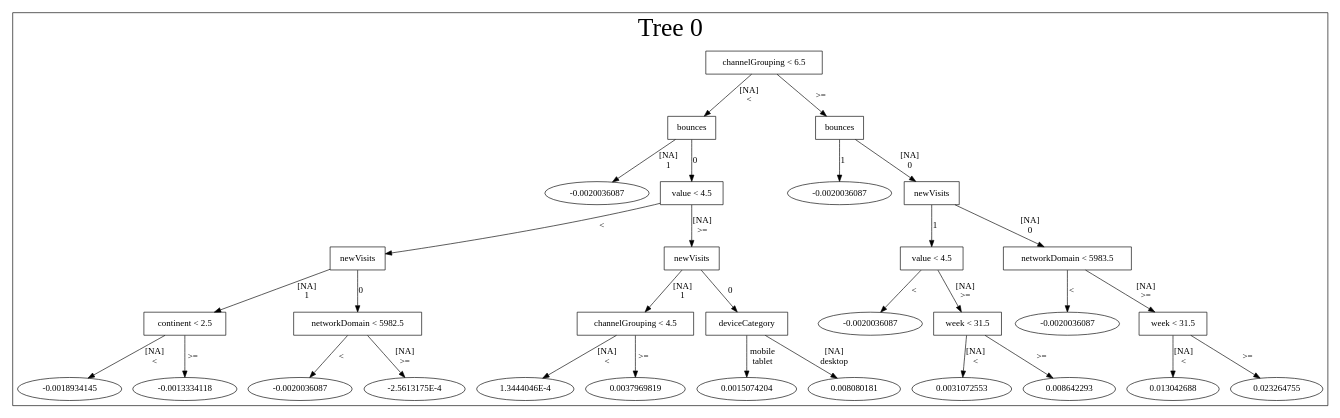
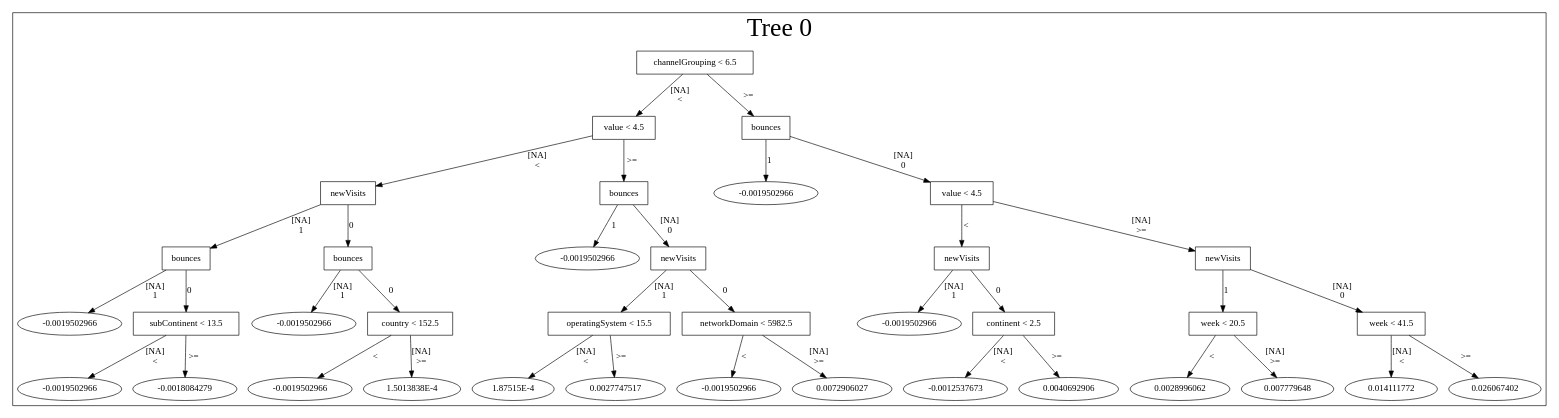
Before and after one commit to xsx99/Google_sales_prediction: the diagram in kaggle/graph/my_gbm_graph_0.gv, drawn with Graphviz. The commit also changed 9 other files, not shown here.

```diff
--- a/kaggle/graph/my_gbm_graph_0.gv
+++ b/kaggle/graph/my_gbm_graph_0.gv
@@ -1,110 +1,122 @@
 /*
 Generated by:
     http://https://github.com/h2oai/h2o-3/tree/master/h2o-genmodel/src/main/java/hex/genmodel/tools/PrintMojo.java
 */
 
 /*
 On a mac:
 
 $ brew install graphviz
 $ dot -Tpng file.gv -o file.png
 $ open file.png
 */
 
 digraph G {
 
 subgraph cluster_0 {
 /* Nodes */
 
 /* Level 0 */
 {
 "SG_0_Node_0" [shape=box, fontsize=14, label="channelGrouping < 6.5"]
 }
 
 /* Level 1 */
 {
-"SG_0_Node_1" [shape=box, fontsize=14, label="bounces"]
+"SG_0_Node_1" [shape=box, fontsize=14, label="value < 4.5"]
 "SG_0_Node_2" [shape=box, fontsize=14, label="bounces"]
 }
 
 /* Level 2 */
 {
-"SG_0_Node_26" [fontsize=14, label="-0.0020036087"]
-"SG_0_Node_3" [shape=box, fontsize=14, label="value < 4.5"]
-"SG_0_Node_27" [fontsize=14, label="-0.0020036087"]
-"SG_0_Node_4" [shape=box, fontsize=14, label="newVisits"]
+"SG_0_Node_3" [shape=box, fontsize=14, label="newVisits"]
+"SG_0_Node_4" [shape=box, fontsize=14, label="bounces"]
+"SG_0_Node_30" [fontsize=14, label="-0.0019502966"]
+"SG_0_Node_5" [shape=box, fontsize=14, label="value < 4.5"]
 }
 
 /* Level 3 */
 {
-"SG_0_Node_5" [shape=box, fontsize=14, label="newVisits"]
-"SG_0_Node_6" [shape=box, fontsize=14, label="newVisits"]
-"SG_0_Node_7" [shape=box, fontsize=14, label="value < 4.5"]
-"SG_0_Node_8" [shape=box, fontsize=14, label="networkDomain < 5983.5"]
+"SG_0_Node_6" [shape=box, fontsize=14, label="bounces"]
+"SG_0_Node_7" [shape=box, fontsize=14, label="bounces"]
+"SG_0_Node_31" [fontsize=14, label="-0.0019502966"]
+"SG_0_Node_8" [shape=box, fontsize=14, label="newVisits"]
+"SG_0_Node_9" [shape=box, fontsize=14, label="newVisits"]
+"SG_0_Node_10" [shape=box, fontsize=14, label="newVisits"]
 }
 
 /* Level 4 */
 {
-"SG_0_Node_9" [shape=box, fontsize=14, label="continent < 2.5"]
-"SG_0_Node_10" [shape=box, fontsize=14, label="networkDomain < 5982.5"]
-"SG_0_Node_11" [shape=box, fontsize=14, label="channelGrouping < 4.5"]
-"SG_0_Node_12" [shape=box, fontsize=14, label="deviceCategory"]
-"SG_0_Node_28" [fontsize=14, label="-0.0020036087"]
-"SG_0_Node_13" [shape=box, fontsize=14, label="week < 31.5"]
-"SG_0_Node_29" [fontsize=14, label="-0.0020036087"]
-"SG_0_Node_14" [shape=box, fontsize=14, label="week < 31.5"]
+"SG_0_Node_32" [fontsize=14, label="-0.0019502966"]
+"SG_0_Node_11" [shape=box, fontsize=14, label="subContinent < 13.5"]
+"SG_0_Node_33" [fontsize=14, label="-0.0019502966"]
+"SG_0_Node_12" [shape=box, fontsize=14, label="country < 152.5"]
+"SG_0_Node_13" [shape=box, fontsize=14, label="operatingSystem < 15.5"]
+"SG_0_Node_14" [shape=box, fontsize=14, label="networkDomain < 5982.5"]
+"SG_0_Node_34" [fontsize=14, label="-0.0019502966"]
+"SG_0_Node_15" [shape=box, fontsize=14, label="continent < 2.5"]
+"SG_0_Node_16" [shape=box, fontsize=14, label="week < 20.5"]
+"SG_0_Node_17" [shape=box, fontsize=14, label="week < 41.5"]
 }
 
 /* Level 5 */
 {
-"SG_0_Node_30" [fontsize=14, label="-0.0018934145"]
-"SG_0_Node_31" [fontsize=14, label="-0.0013334118"]
-"SG_0_Node_32" [fontsize=14, label="-0.0020036087"]
-"SG_0_Node_33" [fontsize=14, label="-2.5613175E-4"]
-"SG_0_Node_34" [fontsize=14, label="1.3444046E-4"]
-"SG_0_Node_35" [fontsize=14, label="0.0037969819"]
-"SG_0_Node_36" [fontsize=14, label="0.0015074204"]
-"SG_0_Node_37" [fontsize=14, label="0.008080181"]
-"SG_0_Node_38" [fontsize=14, label="0.0031072553"]
-"SG_0_Node_39" [fontsize=14, label="0.008642293"]
-"SG_0_Node_40" [fontsize=14, label="0.013042688"]
-"SG_0_Node_41" [fontsize=14, label="0.023264755"]
+"SG_0_Node_35" [fontsize=14, label="-0.0019502966"]
+"SG_0_Node_36" [fontsize=14, label="-0.0018084279"]
+"SG_0_Node_37" [fontsize=14, label="-0.0019502966"]
+"SG_0_Node_38" [fontsize=14, label="1.5013838E-4"]
+"SG_0_Node_39" [fontsize=14, label="1.87515E-4"]
+"SG_0_Node_40" [fontsize=14, label="0.0027747517"]
+"SG_0_Node_41" [fontsize=14, label="-0.0019502966"]
+"SG_0_Node_42" [fontsize=14, label="0.0072906027"]
+"SG_0_Node_43" [fontsize=14, label="-0.0012537673"]
+"SG_0_Node_44" [fontsize=14, label="0.0040692906"]
+"SG_0_Node_45" [fontsize=14, label="0.0028996062"]
+"SG_0_Node_46" [fontsize=14, label="0.007779648"]
+"SG_0_Node_47" [fontsize=14, label="0.014111772"]
+"SG_0_Node_48" [fontsize=14, label="0.026067402"]
 }
 
 /* Edges */
 "SG_0_Node_0" -> "SG_0_Node_1" [fontsize=14, label="[NA]\n<\n"]
 "SG_0_Node_0" -> "SG_0_Node_2" [fontsize=14, label=">=\n"]
-"SG_0_Node_2" -> "SG_0_Node_27" [fontsize=14, label="1\n"]
-"SG_0_Node_2" -> "SG_0_Node_4" [fontsize=14, label="[NA]\n0\n"]
-"SG_0_Node_4" -> "SG_0_Node_7" [fontsize=14, label="1\n"]
+"SG_0_Node_2" -> "SG_0_Node_30" [fontsize=14, label="1\n"]
+"SG_0_Node_2" -> "SG_0_Node_5" [fontsize=14, label="[NA]\n0\n"]
+"SG_0_Node_5" -> "SG_0_Node_9" [fontsize=14, label="<\n"]
+"SG_0_Node_5" -> "SG_0_Node_10" [fontsize=14, label="[NA]\n>=\n"]
+"SG_0_Node_10" -> "SG_0_Node_16" [fontsize=14, label="1\n"]
+"SG_0_Node_10" -> "SG_0_Node_17" [fontsize=14, label="[NA]\n0\n"]
+"SG_0_Node_17" -> "SG_0_Node_47" [fontsize=14, label="[NA]\n<\n"]
+"SG_0_Node_17" -> "SG_0_Node_48" [fontsize=14, label=">=\n"]
+"SG_0_Node_16" -> "SG_0_Node_45" [fontsize=14, label="<\n"]
+"SG_0_Node_16" -> "SG_0_Node_46" [fontsize=14, label="[NA]\n>=\n"]
+"SG_0_Node_9" -> "SG_0_Node_34" [fontsize=14, label="[NA]\n1\n"]
+"SG_0_Node_9" -> "SG_0_Node_15" [fontsize=14, label="0\n"]
+"SG_0_Node_15" -> "SG_0_Node_43" [fontsize=14, label="[NA]\n<\n"]
+"SG_0_Node_15" -> "SG_0_Node_44" [fontsize=14, label=">=\n"]
+"SG_0_Node_1" -> "SG_0_Node_3" [fontsize=14, label="[NA]\n<\n"]
+"SG_0_Node_1" -> "SG_0_Node_4" [fontsize=14, label=">=\n"]
+"SG_0_Node_4" -> "SG_0_Node_31" [fontsize=14, label="1\n"]
 "SG_0_Node_4" -> "SG_0_Node_8" [fontsize=14, label="[NA]\n0\n"]
-"SG_0_Node_8" -> "SG_0_Node_29" [fontsize=14, label="<\n"]
-"SG_0_Node_8" -> "SG_0_Node_14" [fontsize=14, label="[NA]\n>=\n"]
-"SG_0_Node_14" -> "SG_0_Node_40" [fontsize=14, label="[NA]\n<\n"]
-"SG_0_Node_14" -> "SG_0_Node_41" [fontsize=14, label=">=\n"]
-"SG_0_Node_7" -> "SG_0_Node_28" [fontsize=14, label="<\n"]
-"SG_0_Node_7" -> "SG_0_Node_13" [fontsize=14, label="[NA]\n>=\n"]
-"SG_0_Node_13" -> "SG_0_Node_38" [fontsize=14, label="[NA]\n<\n"]
-"SG_0_Node_13" -> "SG_0_Node_39" [fontsize=14, label=">=\n"]
-"SG_0_Node_1" -> "SG_0_Node_26" [fontsize=14, label="[NA]\n1\n"]
-"SG_0_Node_1" -> "SG_0_Node_3" [fontsize=14, label="0\n"]
-"SG_0_Node_3" -> "SG_0_Node_5" [fontsize=14, label="<\n"]
-"SG_0_Node_3" -> "SG_0_Node_6" [fontsize=14, label="[NA]\n>=\n"]
-"SG_0_Node_6" -> "SG_0_Node_11" [fontsize=14, label="[NA]\n1\n"]
-"SG_0_Node_6" -> "SG_0_Node_12" [fontsize=14, label="0\n"]
-"SG_0_Node_12" -> "SG_0_Node_36" [fontsize=14, label="mobile\ntablet\n"]
-"SG_0_Node_12" -> "SG_0_Node_37" [fontsize=14, label="[NA]\ndesktop\n"]
-"SG_0_Node_11" -> "SG_0_Node_34" [fontsize=14, label="[NA]\n<\n"]
-"SG_0_Node_11" -> "SG_0_Node_35" [fontsize=14, label=">=\n"]
-"SG_0_Node_5" -> "SG_0_Node_9" [fontsize=14, label="[NA]\n1\n"]
-"SG_0_Node_5" -> "SG_0_Node_10" [fontsize=14, label="0\n"]
-"SG_0_Node_10" -> "SG_0_Node_32" [fontsize=14, label="<\n"]
-"SG_0_Node_10" -> "SG_0_Node_33" [fontsize=14, label="[NA]\n>=\n"]
-"SG_0_Node_9" -> "SG_0_Node_30" [fontsize=14, label="[NA]\n<\n"]
-"SG_0_Node_9" -> "SG_0_Node_31" [fontsize=14, label=">=\n"]
+"SG_0_Node_8" -> "SG_0_Node_13" [fontsize=14, label="[NA]\n1\n"]
+"SG_0_Node_8" -> "SG_0_Node_14" [fontsize=14, label="0\n"]
+"SG_0_Node_14" -> "SG_0_Node_41" [fontsize=14, label="<\n"]
+"SG_0_Node_14" -> "SG_0_Node_42" [fontsize=14, label="[NA]\n>=\n"]
+"SG_0_Node_13" -> "SG_0_Node_39" [fontsize=14, label="[NA]\n<\n"]
+"SG_0_Node_13" -> "SG_0_Node_40" [fontsize=14, label=">=\n"]
+"SG_0_Node_3" -> "SG_0_Node_6" [fontsize=14, label="[NA]\n1\n"]
+"SG_0_Node_3" -> "SG_0_Node_7" [fontsize=14, label="0\n"]
+"SG_0_Node_7" -> "SG_0_Node_33" [fontsize=14, label="[NA]\n1\n"]
+"SG_0_Node_7" -> "SG_0_Node_12" [fontsize=14, label="0\n"]
+"SG_0_Node_12" -> "SG_0_Node_37" [fontsize=14, label="<\n"]
+"SG_0_Node_12" -> "SG_0_Node_38" [fontsize=14, label="[NA]\n>=\n"]
+"SG_0_Node_6" -> "SG_0_Node_32" [fontsize=14, label="[NA]\n1\n"]
+"SG_0_Node_6" -> "SG_0_Node_11" [fontsize=14, label="0\n"]
+"SG_0_Node_11" -> "SG_0_Node_35" [fontsize=14, label="[NA]\n<\n"]
+"SG_0_Node_11" -> "SG_0_Node_36" [fontsize=14, label=">=\n"]
 
 fontsize=40
 label="Tree 0"
 }
 
 }
```
